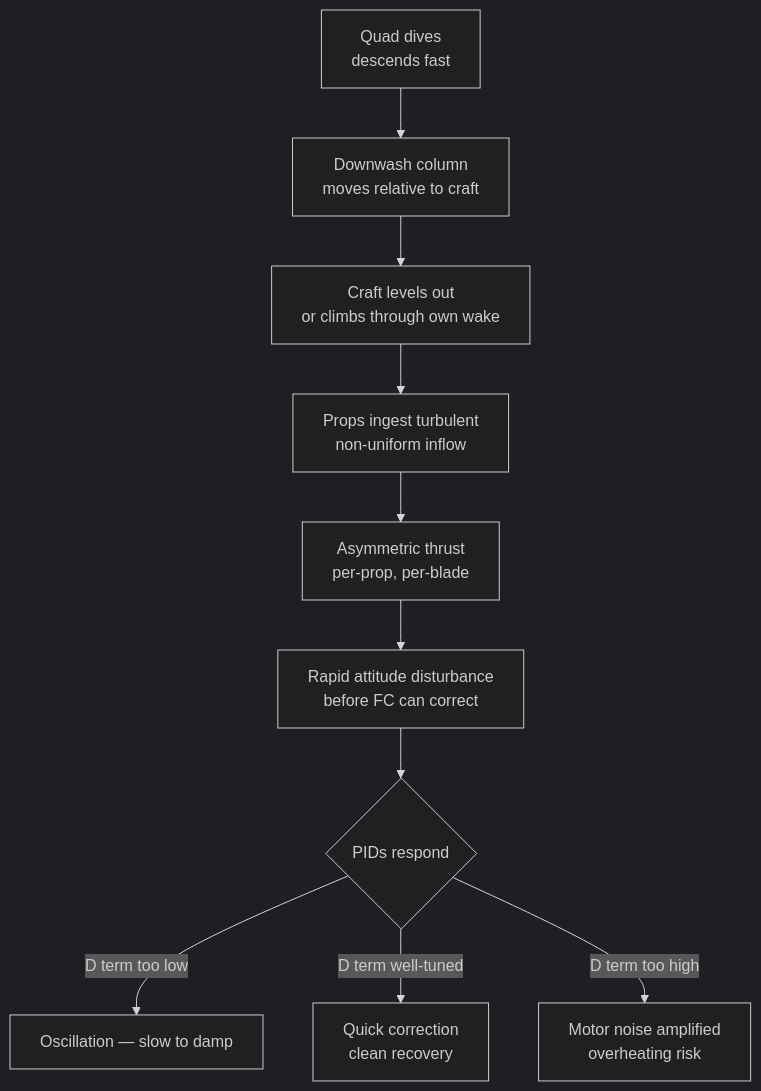
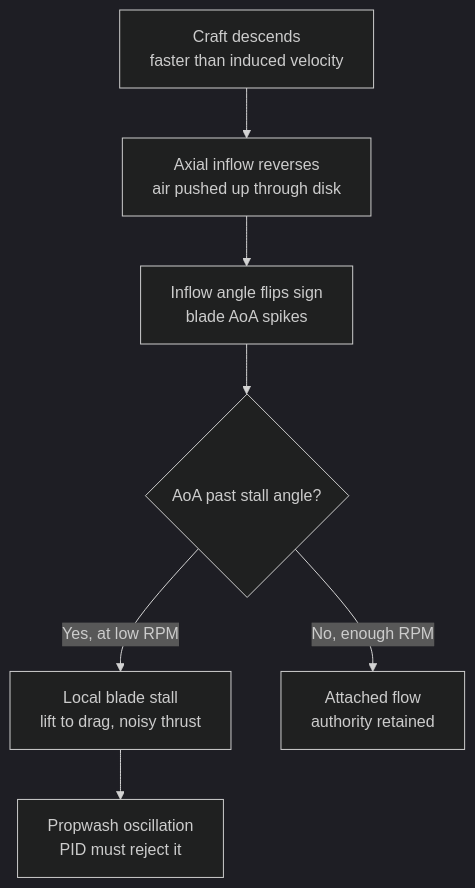
Before and after one commit to itohio/itohio.github.io: the diagram in blog/content/snippets/fpv/aerodynamics/propwash.lt.md, drawn with Mermaid (dark theme). The commit also changed other lines of this file and 1 other file, not shown here.

First line of the commit message:
fpv: rewrite propwash around reversed inflow and blade stall

````diff
--- a/blog/content/snippets/fpv/aerodynamics/propwash.lt.md
+++ b/blog/content/snippets/fpv/aerodynamics/propwash.lt.md
@@ -127,12 +143,9 @@
 ```mermaid
 flowchart TD
-    A[Quad dives<br/>descends fast] --> B[Downwash column<br/>moves relative to craft]
-    B --> C[Craft levels out<br/>or climbs through own wake]
-    C --> D[Props ingest turbulent<br/>non-uniform inflow]
-    D --> E[Asymmetric thrust<br/>per-prop, per-blade]
-    E --> F[Rapid attitude disturbance<br/>before FC can correct]
-    F --> G{PIDs respond}
-    G -->|D term too low| H[Oscillation — slow to damp]
-    G -->|D term well-tuned| I[Quick correction<br/>clean recovery]
-    G -->|D term too high| J[Motor noise amplified<br/>overheating risk]
+    A[Craft descends<br/>faster than induced velocity] --> B[Axial inflow reverses<br/>air pushed up through disk]
+    B --> C[Inflow angle flips sign<br/>blade AoA spikes]
+    C --> D{AoA past stall angle?}
+    D -->|Yes, at low RPM| E[Local blade stall<br/>lift to drag, noisy thrust]
+    D -->|No, enough RPM| F[Attached flow<br/>authority retained]
+    E --> G[Propwash oscillation<br/>PID must reject it]
 ```
````
